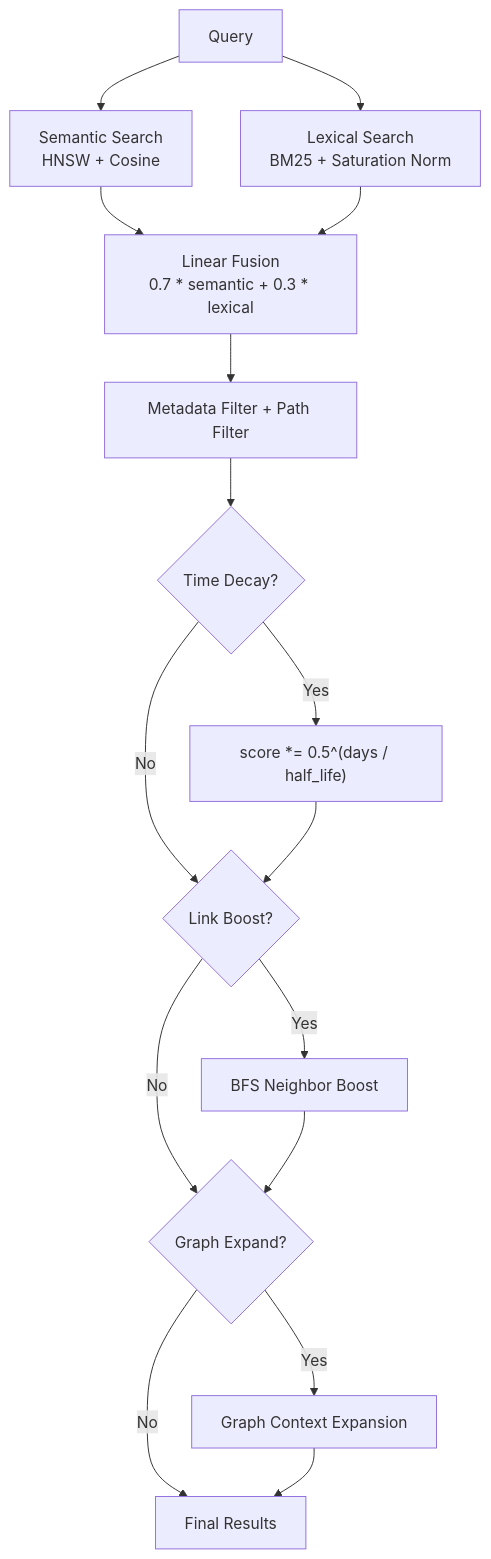
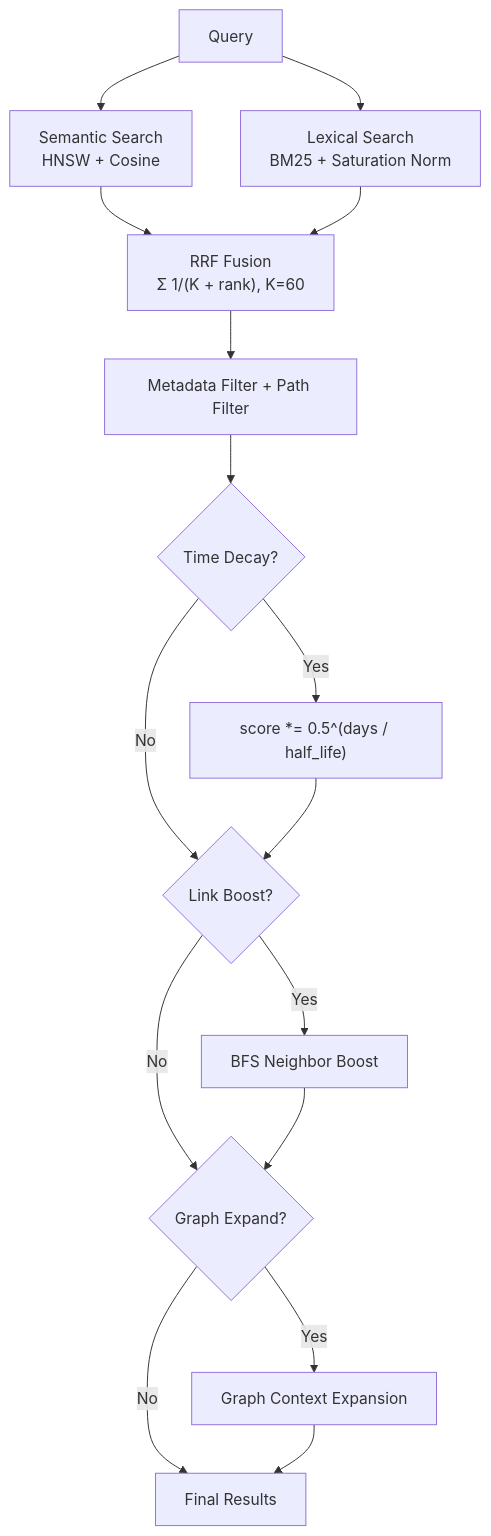
Before and after one commit to geckse/markdown-vdb: the fourth of 7 diagrams in docs/whitepaper/whitepaper.md, drawn with Mermaid. The commit also changed other lines of this file, not shown here.

First line of the commit message:
fix: correct hybrid fusion description and config key names in whitepaper (qa-requested)

````diff
--- a/docs/whitepaper/whitepaper.md
+++ b/docs/whitepaper/whitepaper.md
@@ -807,18 +806,18 @@
 ```mermaid
 flowchart TB
     Q[Query] --> SEM[Semantic Search<br/>HNSW + Cosine]
     Q --> LEX[Lexical Search<br/>BM25 + Saturation Norm]
-    SEM --> FUSE["Linear Fusion<br/>0.7 * semantic + 0.3 * lexical"]
+    SEM --> FUSE["RRF Fusion<br/>Σ 1/(K + rank), K=60"]
     LEX --> FUSE
     FUSE --> FILTER[Metadata Filter + Path Filter]
     FILTER --> DECAY{Time Decay?}
     DECAY -->|Yes| TDECAY["score *= 0.5^(days / half_life)"]
     DECAY -->|No| BOOST{Link Boost?}
     TDECAY --> BOOST
     BOOST -->|Yes| LBOOST[BFS Neighbor Boost]
     BOOST -->|No| EXPAND{Graph Expand?}
     LBOOST --> EXPAND
     EXPAND -->|Yes| GCTX[Graph Context Expansion]
     EXPAND -->|No| RESULT[Final Results]
     GCTX --> RESULT
 ```
````
